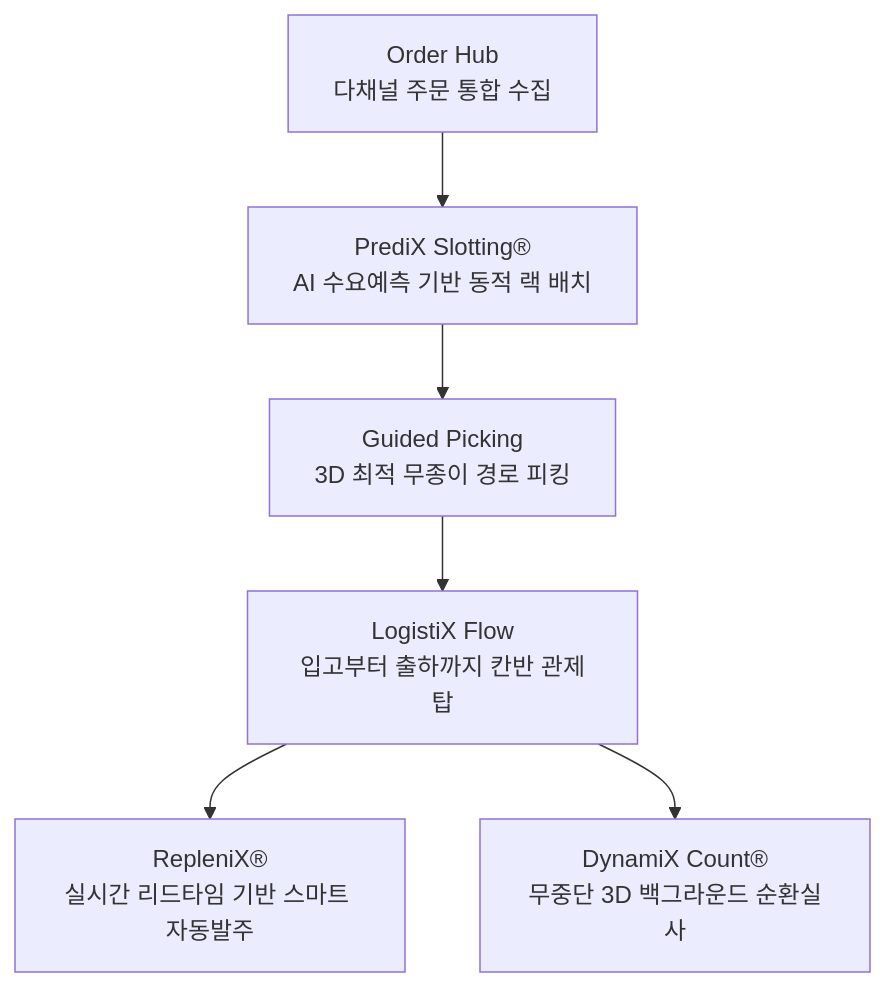
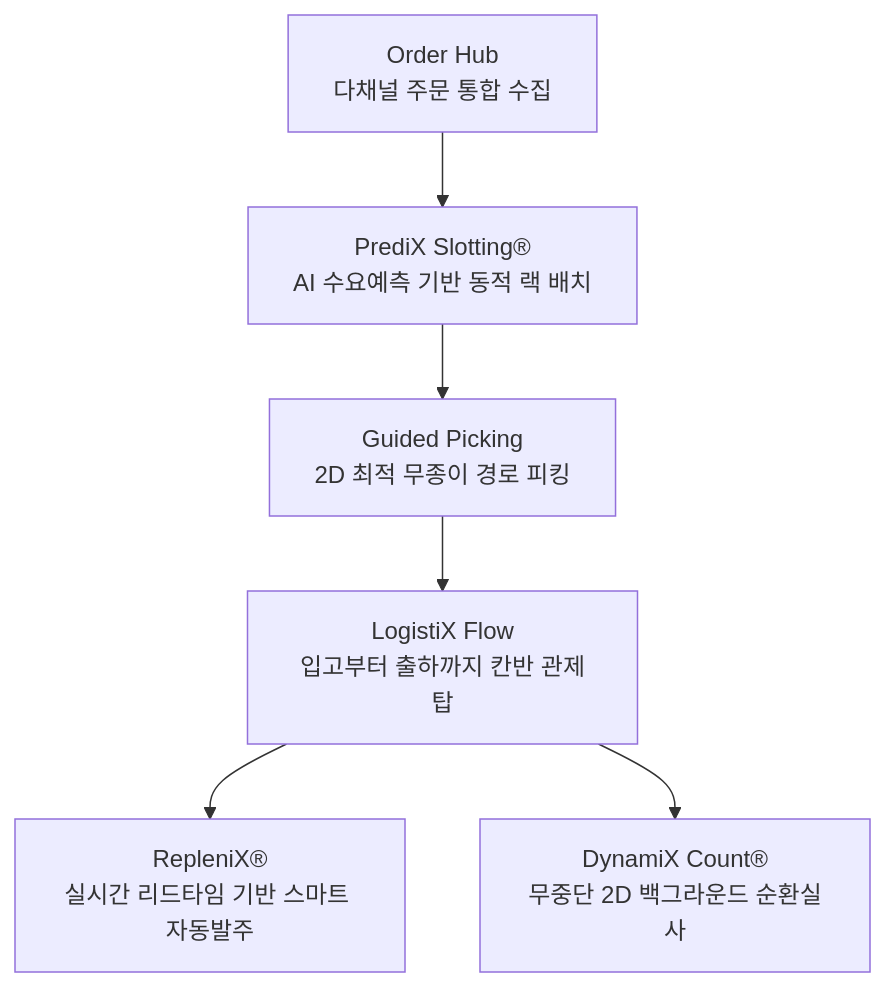
The first of 2 diagrams in docs/web-app/Dashboard_Enhancement_Proposal.md (Boaz-Yakin/glife-wms), drawn with Mermaid before and after one commit. The commit also changed other lines of this file, not shown here.

````diff
--- a/docs/web-app/Dashboard_Enhancement_Proposal.md
+++ b/docs/web-app/Dashboard_Enhancement_Proposal.md
@@ -55,8 +60,8 @@
 ```mermaid
 graph TD
     A[Order Hub\n다채널 주문 통합 수집] --> B[PrediX Slotting®\nAI 수요예측 기반 동적 랙 배치]
-    B --> C[Guided Picking\n3D 최적 무종이 경로 피킹]
+    B --> C[Guided Picking\n2D 최적 무종이 경로 피킹]
     C --> D[LogistiX Flow\n입고부터 출하까지 칸반 관제탑]
     D --> E[RepleniX®\n실시간 리드타임 기반 스마트 자동발주]
-    D --> F[DynamiX Count®\n무중단 3D 백그라운드 순환실사]
+    D --> F[DynamiX Count®\n무중단 2D 백그라운드 순환실사]
 ```
````
